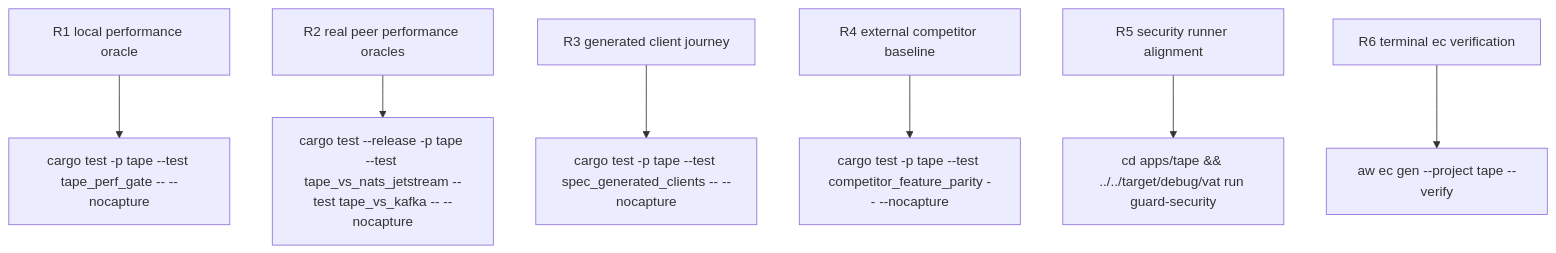
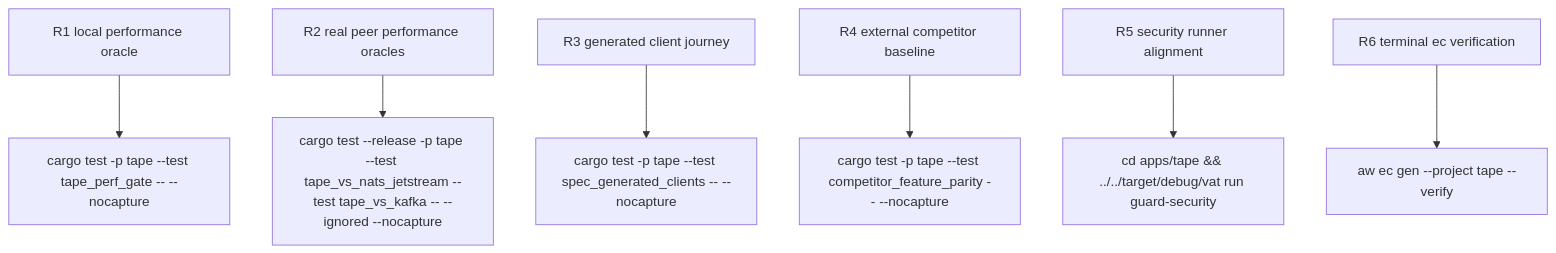
The second of 2 diagrams in apps/tape/tech-design/logic/eliminate-production-ec-false-green-paths.md (chrischeng-c4/axiom), drawn with Mermaid before and after one commit. The commit also changed 5 other files, not shown here.

First line of the commit message:
test(tape): isolate mandatory peer benchmarks

````diff
--- a/apps/tape/tech-design/logic/eliminate-production-ec-false-green-paths.md
+++ b/apps/tape/tech-design/logic/eliminate-production-ec-false-green-paths.md
@@ -189,49 +189,49 @@
 ```mermaid
 ---
 id: tape-production-ec-independent-oracles-verification
 requirements:
   external_competitor_baseline:
     id: R4
     text: "Feature parity consumes a versioned fixture with pinned official upstream provenance and compares Tape behavior against that oracle."
     kind: regression
     risk: high
     verify: cargo test -p tape --test competitor_feature_parity -- --nocapture
   generated_client_journey:
     id: R3
     text: "A non-zero integration test emits TypeScript, Python, and Rust clients and checks Tape's public route scope."
     kind: functional
     risk: high
     verify: cargo test -p tape --test spec_generated_clients -- --nocapture
   local_performance_oracle:
     id: R1
     text: "The local gate independently applies the EC-owned 1,000-event workload and fixed 5,000/50,000/5,000-us limits."
     kind: regression
     risk: high
     verify: cargo test -p tape --test tape_perf_gate -- --nocapture
   real_peer_performance_oracles:
     id: R2
     text: "Release NATS and Kafka gates fail closed and independently require a peer/Tape p50 ratio of at least 1.5."
     kind: functional
     risk: high
-    verify: cargo test --release -p tape --test tape_vs_nats_jetstream --test tape_vs_kafka -- --nocapture
+    verify: cargo test --release -p tape --test tape_vs_nats_jetstream --test tape_vs_kafka -- --ignored --nocapture
   security_runner_alignment:
     id: R5
     text: "Guard and meter evidence executes the real Tape service_auth journey and access-control assertions do not overclaim unexecuted audit behavior."
     kind: security
     risk: high
     verify: cd apps/tape && ../../target/debug/vat run guard-security
   terminal_ec_verification:
     id: R6
     text: "All EC sources are represented, independently agent-reviewed, generated, and verified before TD completion."
     kind: regression
     risk: high
     verify: aw ec gen --project tape --verify
 ---
 flowchart TD
     r1[R1 local performance oracle] --> cargo_test_p_tape_test_tape_perf_gate_nocapture[cargo test -p tape --test tape_perf_gate -- --nocapture]
-    r2[R2 real peer performance oracles] --> cargo_test_release_p_tape_test_tape_vs_nats_jetstream_test_tape_vs_kafka_nocapture[cargo test --release -p tape --test tape_vs_nats_jetstream --test tape_vs_kafka -- --nocapture]
+    r2[R2 real peer performance oracles] --> cargo_test_release_p_tape_test_tape_vs_nats_jetstream_test_tape_vs_kafka_ignored_nocapture[cargo test --release -p tape --test tape_vs_nats_jetstream --test tape_vs_kafka -- --ignored --nocapture]
     r3[R3 generated client journey] --> cargo_test_p_tape_test_spec_generated_clients_nocapture[cargo test -p tape --test spec_generated_clients -- --nocapture]
     r4[R4 external competitor baseline] --> cargo_test_p_tape_test_competitor_feature_parity_nocapture[cargo test -p tape --test competitor_feature_parity -- --nocapture]
     r5[R5 security runner alignment] --> cd_apps_tape_target_debug_vat_run_guard_security[cd apps/tape && ../../target/debug/vat run guard-security]
     r6[R6 terminal ec verification] --> aw_ec_gen_project_tape_verify[aw ec gen --project tape --verify]
 ```
````
